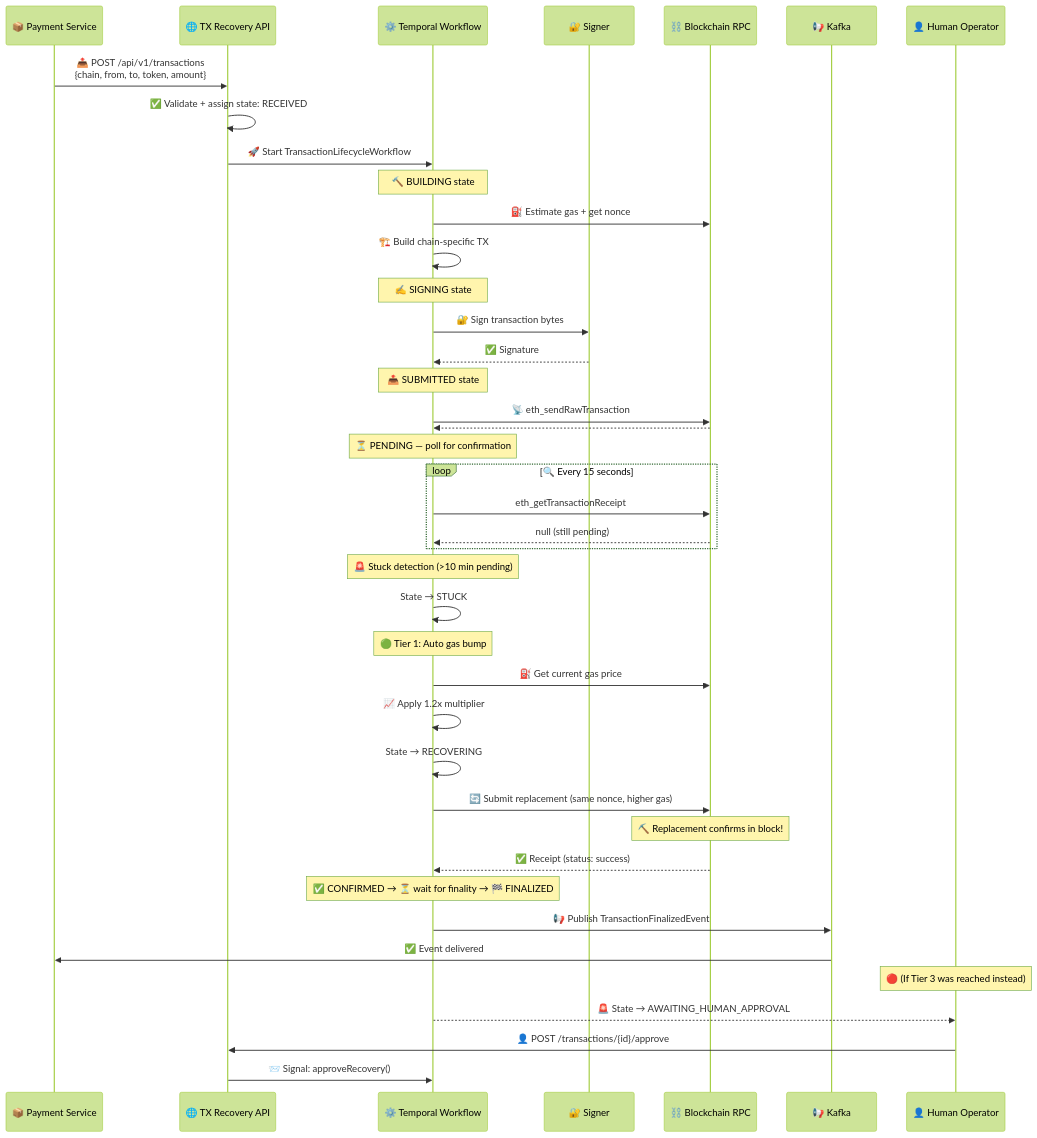
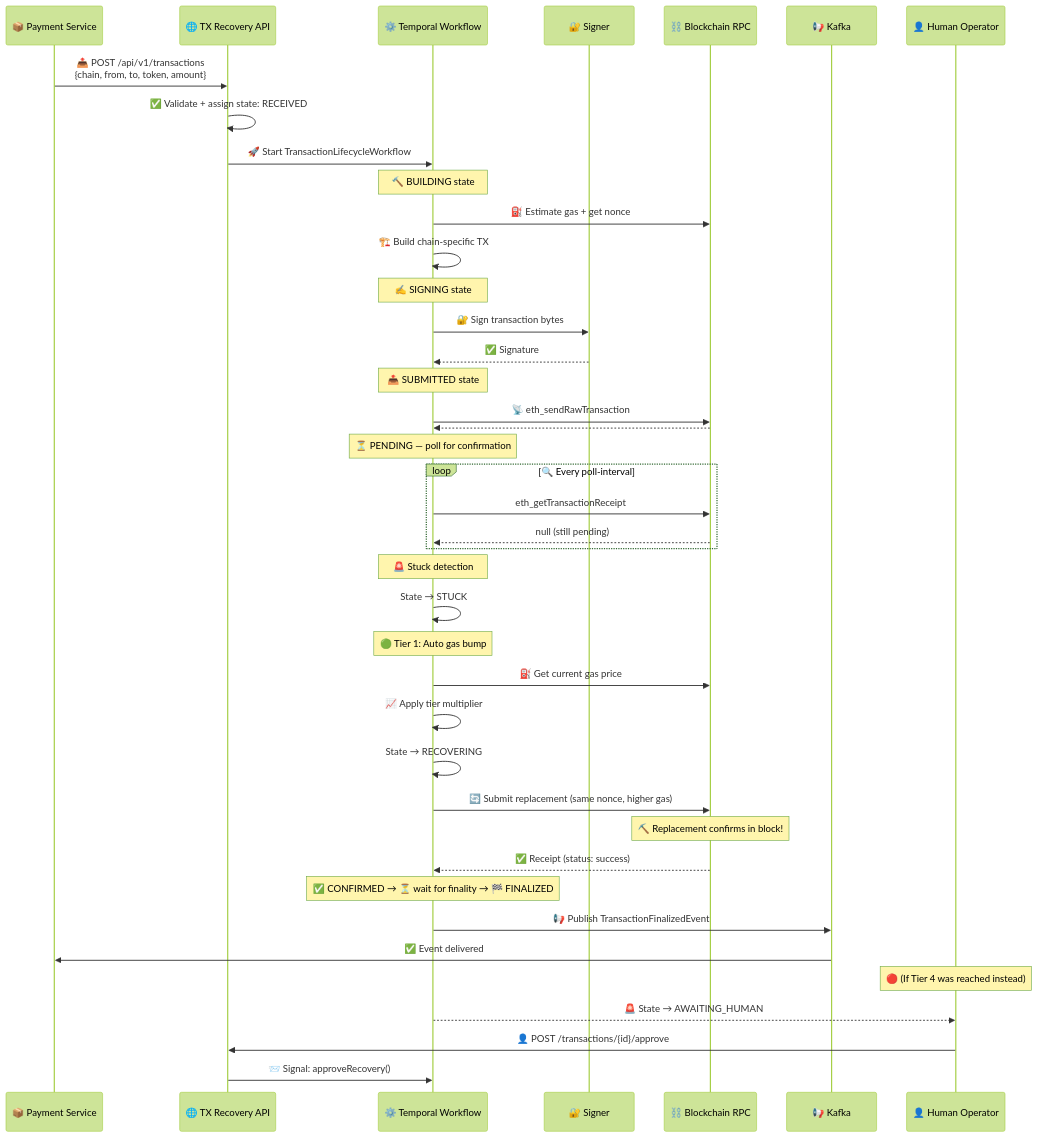
One commit to Puneethkumarck/stablebridge-tx-recovery changed the tenth of 10 diagrams in README.md. Above: the diagram before and after it, drawn with Mermaid (forest theme). The commit also changed other lines of this file, not shown here.

````diff
--- a/README.md
+++ b/README.md
@@ -772,53 +1696,53 @@
 ```mermaid
 sequenceDiagram
     participant Client as 📦 Payment Service
     participant API as 🌐 TX Recovery API
     participant Temporal as ⚙️ Temporal Workflow
     participant Signer as 🔐 Signer
     participant Chain as ⛓️ Blockchain RPC
     participant Kafka as 📢 Kafka
     participant Operator as 👤 Human Operator
 
     Client->>API: 📤 POST /api/v1/transactions<br/>{chain, from, to, token, amount}
     API->>API: ✅ Validate + assign state: RECEIVED
     API->>Temporal: 🚀 Start TransactionLifecycleWorkflow
 
     Note over Temporal: 🔨 BUILDING state
     Temporal->>Chain: ⛽ Estimate gas + get nonce
     Temporal->>Temporal: 🏗️ Build chain-specific TX
 
     Note over Temporal: ✍️ SIGNING state
     Temporal->>Signer: 🔐 Sign transaction bytes
     Signer-->>Temporal: ✅ Signature
 
     Note over Temporal: 📤 SUBMITTED state
     Temporal->>Chain: 📡 eth_sendRawTransaction
     Chain-->>Temporal: #️⃣ TX hash
 
     Note over Temporal: ⏳ PENDING — poll for confirmation
-    loop 🔍 Every 15 seconds
+    loop 🔍 Every poll-interval
         Temporal->>Chain: eth_getTransactionReceipt
         Chain-->>Temporal: null (still pending)
     end
 
-    Note over Temporal: 🚨 Stuck detection (>10 min pending)
+    Note over Temporal: 🚨 Stuck detection
     Temporal->>Temporal: State → STUCK
 
     Note over Temporal: 🟢 Tier 1: Auto gas bump
     Temporal->>Chain: ⛽ Get current gas price
-    Temporal->>Temporal: 📈 Apply 1.2x multiplier
+    Temporal->>Temporal: 📈 Apply tier multiplier
     Temporal->>Temporal: State → RECOVERING
     Temporal->>Chain: 🔄 Submit replacement (same nonce, higher gas)
 
     Note over Chain: ⛏️ Replacement confirms in block!
     Chain-->>Temporal: ✅ Receipt (status: success)
 
     Note over Temporal: ✅ CONFIRMED → ⏳ wait for finality → 🏁 FINALIZED
     Temporal->>Kafka: 📢 Publish TransactionFinalizedEvent
     Kafka->>Client: ✅ Event delivered
 
-    Note over Operator: 🔴 (If Tier 3 was reached instead)
-    Temporal-->>Operator: 🚨 State → AWAITING_HUMAN_APPROVAL
+    Note over Operator: 🔴 (If Tier 4 was reached instead)
+    Temporal-->>Operator: 🚨 State → AWAITING_HUMAN
     Operator->>API: 👤 POST /transactions/{id}/approve
     API->>Temporal: 📨 Signal: approveRecovery()
 ```
````
